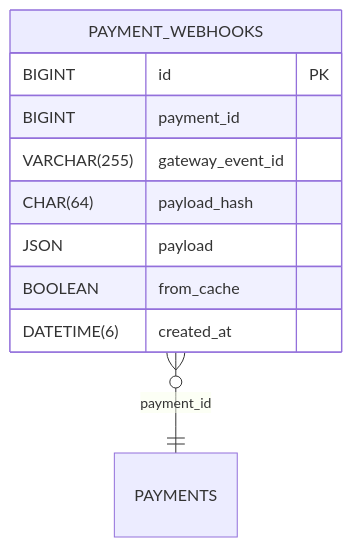
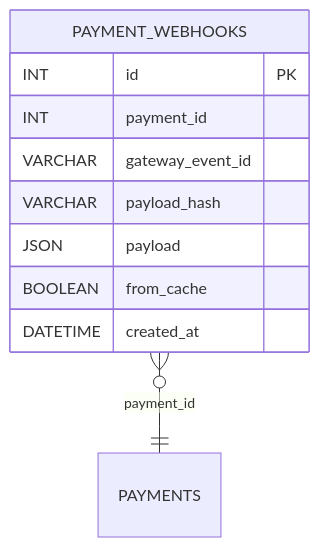
The diagram in README.md (blackcatdatabase/table-payment-webhooks), drawn with Mermaid before and after one commit. The commit also changed other lines of this file, not shown here.

Commit message:
chore(schema): add/update generated schema + README (umbrella sync)

````diff
--- a/README.md
+++ b/README.md
@@ -51,13 +51,13 @@
 ```mermaid
 erDiagram
   PAYMENT_WEBHOOKS {
-    BIGINT id PK
-    BIGINT payment_id
-    VARCHAR(255) gateway_event_id
-    CHAR(64) payload_hash
+    INT id PK
+    INT payment_id
+    VARCHAR gateway_event_id
+    VARCHAR payload_hash
     JSON payload
     BOOLEAN from_cache
-    DATETIME(6) created_at
+    DATETIME created_at
   }
   PAYMENT_WEBHOOKS }o--|| PAYMENTS : "payment_id"
 ```
````
